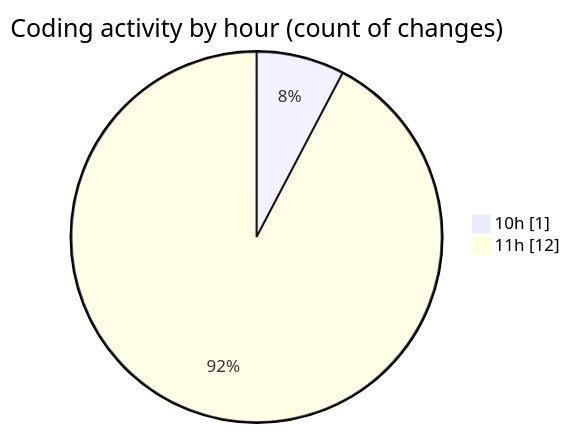
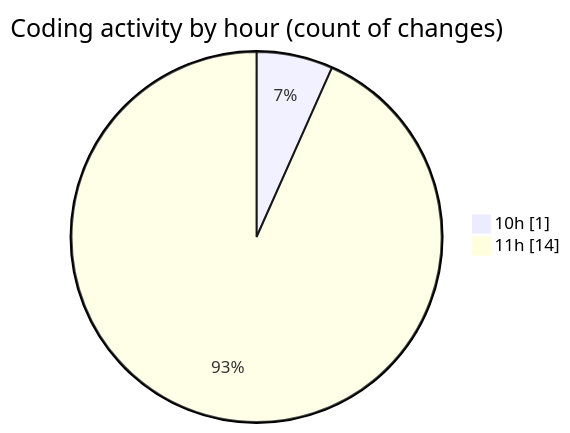
The second of 2 diagrams in 2025-11-03/eventscop-frontend-guide__workspace_/README.md (julien-gomy/code-tracking), drawn with Mermaid before and after one commit. The commit also changed other lines of this file and 1 other file, not shown here.

````diff
--- a/2025-11-03/eventscop-frontend-guide__workspace_/README.md
+++ b/2025-11-03/eventscop-frontend-guide__workspace_/README.md
@@ -31,6 +31,6 @@
 ```mermaid
 pie showData
 title Coding activity by hour (count of changes)
 "10h" : 1
-"11h" : 12
+"11h" : 14
 ```
````
